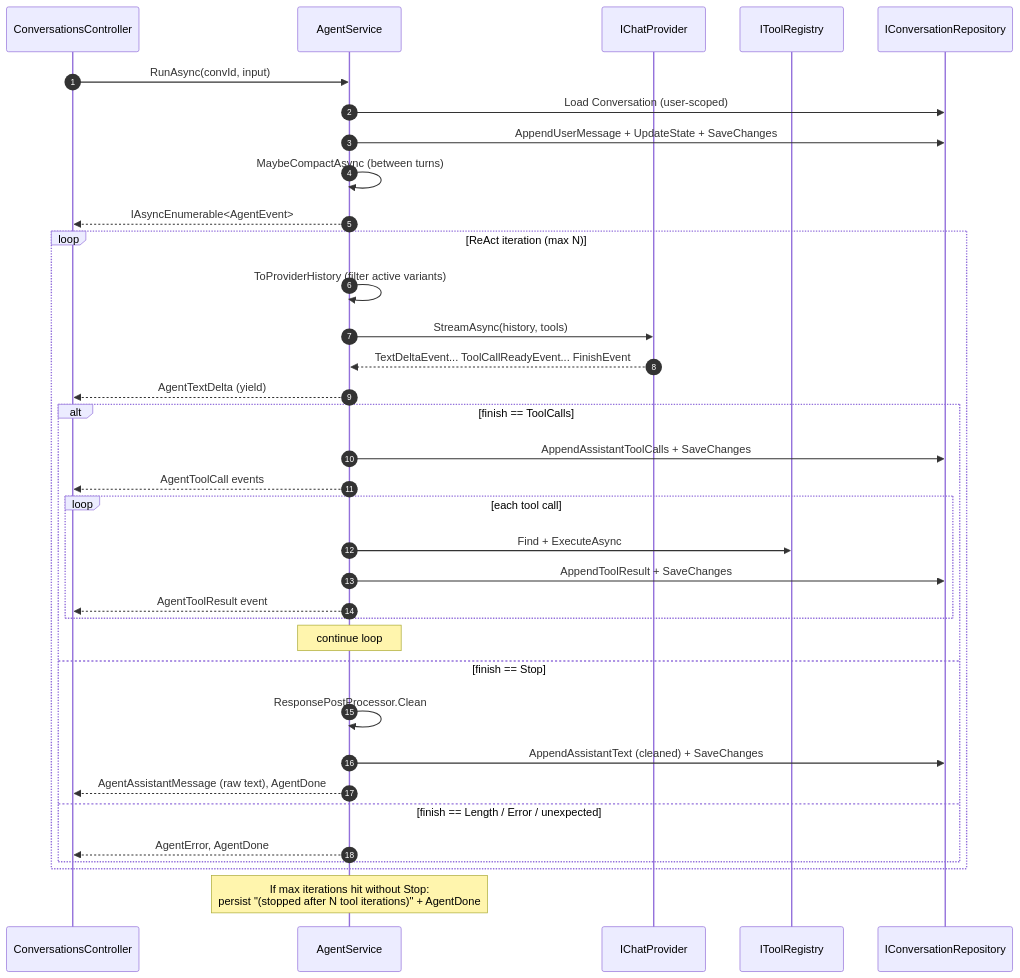
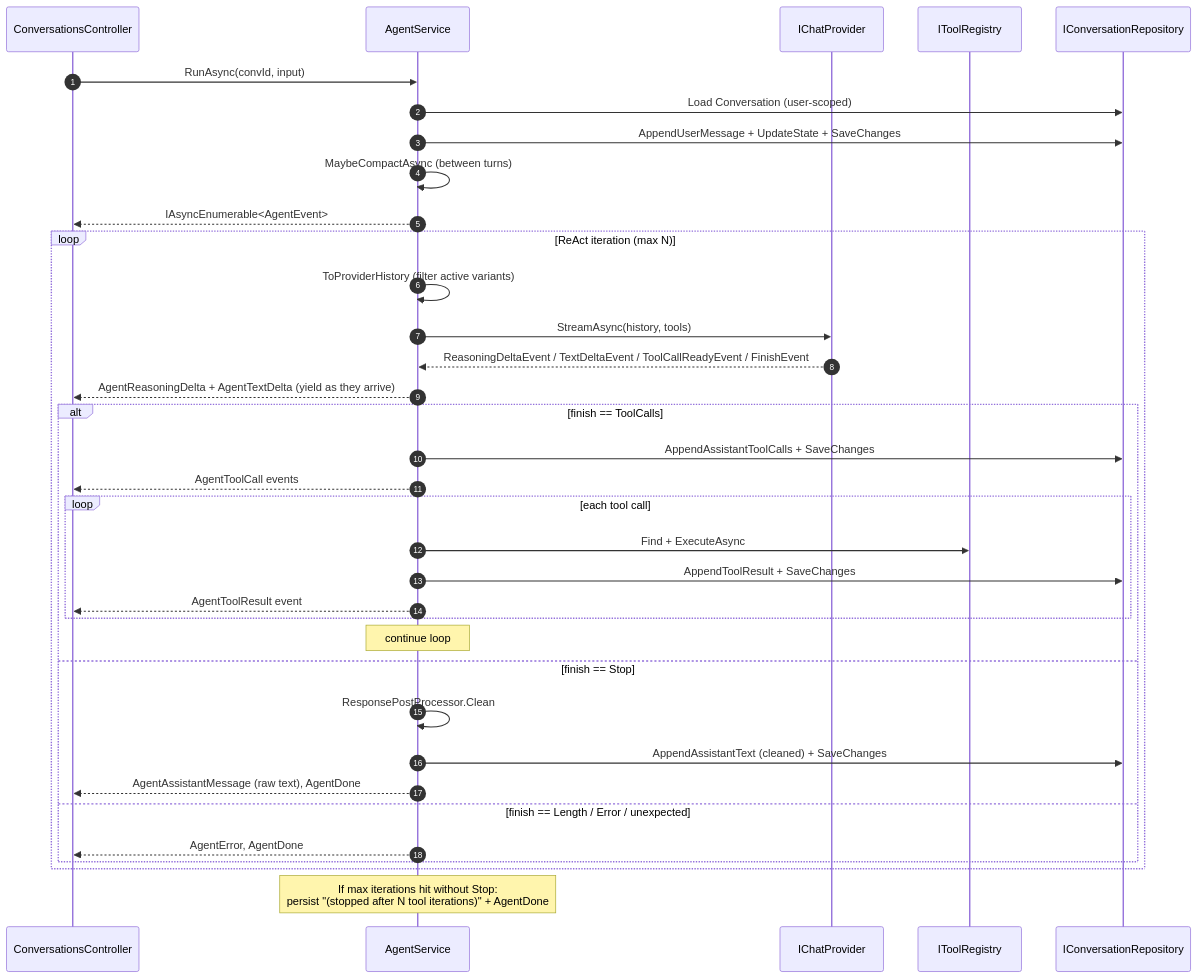
Before and after one commit to HueByte/Gabriel: the first of 3 diagrams in docs/Gabriel.Engine/agent-loop.md, drawn with Mermaid. The commit also changed other lines of this file and 76 other files, not shown here.

````diff
--- a/docs/Gabriel.Engine/agent-loop.md
+++ b/docs/Gabriel.Engine/agent-loop.md
@@ -35,41 +35,41 @@
 ```mermaid
 sequenceDiagram
     autonumber
     participant Caller as ConversationsController
     participant Agent as AgentService
     participant Provider as IChatProvider
     participant Tools as IToolRegistry
     participant Db as IConversationRepository
 
     Caller->>Agent: RunAsync(convId, input)
     Agent->>Db: Load Conversation (user-scoped)
     Agent->>Db: AppendUserMessage + UpdateState + SaveChanges
     Agent->>Agent: MaybeCompactAsync (between turns)
     Agent-->>Caller: IAsyncEnumerable<AgentEvent>
 
     loop ReAct iteration (max N)
         Agent->>Agent: ToProviderHistory (filter active variants)
         Agent->>Provider: StreamAsync(history, tools)
-        Provider-->>Agent: TextDeltaEvent... ToolCallReadyEvent... FinishEvent
-        Agent-->>Caller: AgentTextDelta (yield)
+        Provider-->>Agent: ReasoningDeltaEvent / TextDeltaEvent / ToolCallReadyEvent / FinishEvent
+        Agent-->>Caller: AgentReasoningDelta + AgentTextDelta (yield as they arrive)
 
         alt finish == ToolCalls
             Agent->>Db: AppendAssistantToolCalls + SaveChanges
             Agent-->>Caller: AgentToolCall events
             loop each tool call
                 Agent->>Tools: Find + ExecuteAsync
                 Agent->>Db: AppendToolResult + SaveChanges
                 Agent-->>Caller: AgentToolResult event
             end
             Note over Agent: continue loop
         else finish == Stop
             Agent->>Agent: ResponsePostProcessor.Clean
             Agent->>Db: AppendAssistantText (cleaned) + SaveChanges
             Agent-->>Caller: AgentAssistantMessage (raw text), AgentDone
         else finish == Length / Error / unexpected
             Agent-->>Caller: AgentError, AgentDone
         end
     end
 
     Note over Agent: If max iterations hit without Stop:<br/>persist "(stopped after N tool iterations)" + AgentDone
 ```
````
